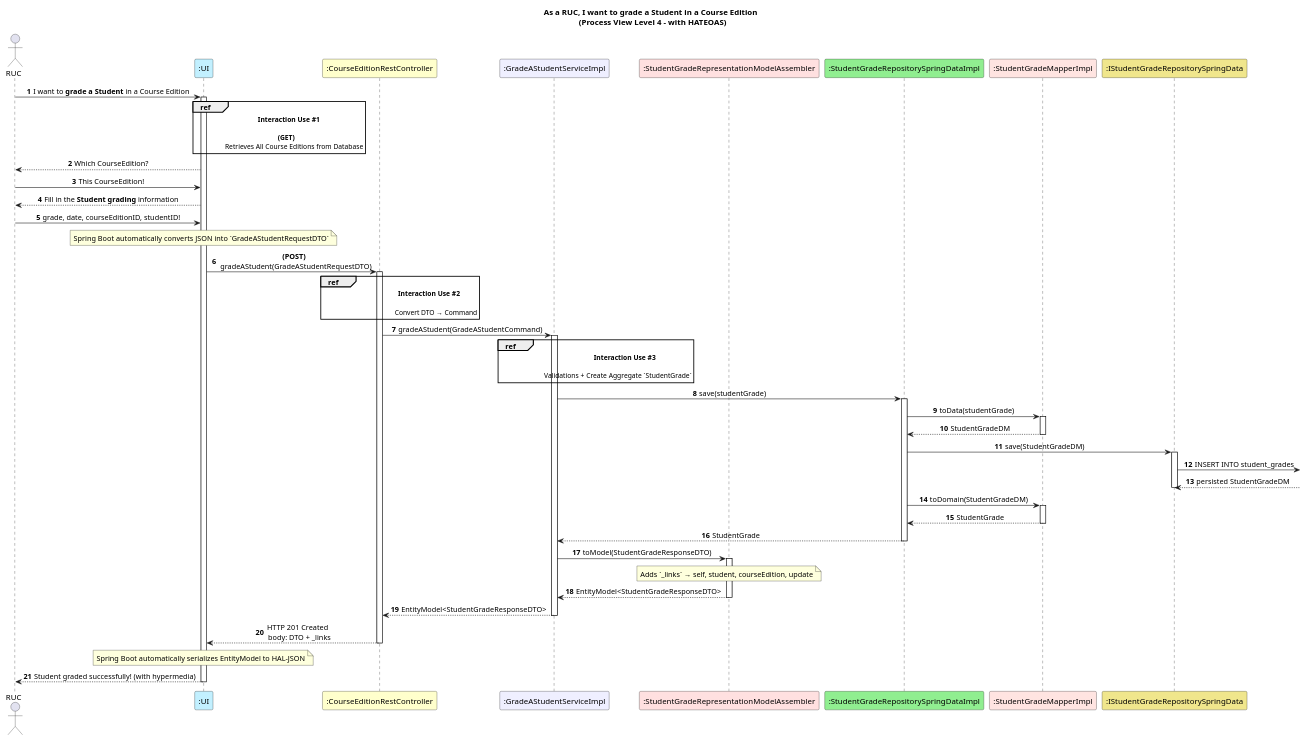
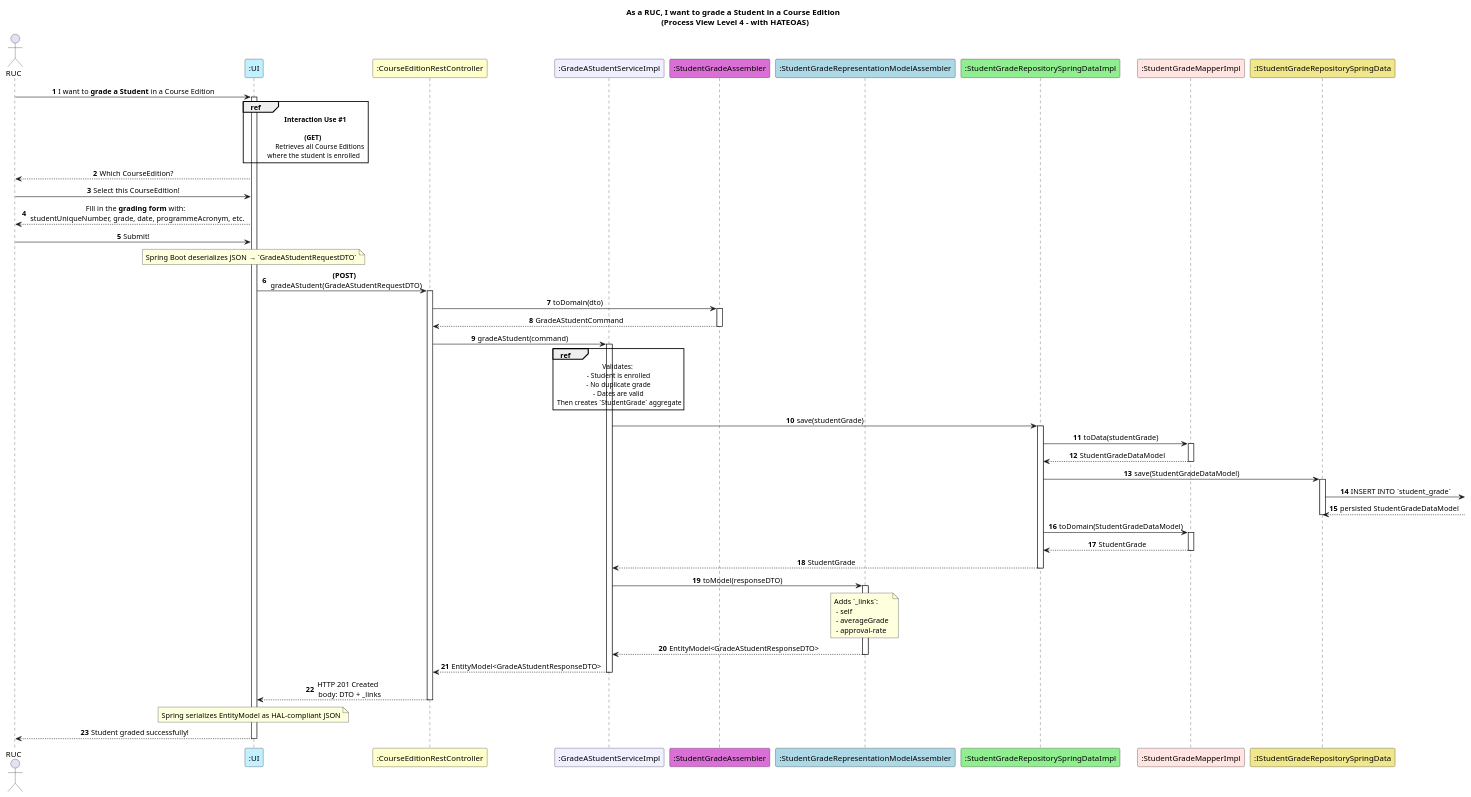
Before and after one commit to GasparISEP/DevOps-PAI: the diagram in docs/US22/Sprint7/ScenarioView/Level4.puml, drawn with PlantUML.

Commit message:
Update ScenarioView Level 4 diagram for HATEOAS use case (Issue #685)

```diff
--- a/docs/US22/Sprint7/ScenarioView/Level4.puml
+++ b/docs/US22/Sprint7/ScenarioView/Level4.puml
@@ -1,76 +1,80 @@
 @startuml
 title As a RUC, I want to grade a Student in a Course Edition \n (Process View Level 4 – with HATEOAS)
 skinparam sequencemessagealign center
 autonumber
 
 actor RUC
 participant ":UI" as ui #application
 participant ":CourseEditionRestController" as ctrlrREST #business
 participant ":GradeAStudentServiceImpl" as service #motivation
-participant ":StudentGradeRepresentationModelAssembler" as assembler #implementation
+participant ":StudentGradeAssembler" as dtoAssembler #orchid
+participant ":StudentGradeRepresentationModelAssembler" as hateoasAssembler #lightblue
 participant ":StudentGradeRepositorySpringDataImpl" as sgr #lightgreen
 participant ":StudentGradeMapperImpl" as sgmp #mistyrose
 participant ":IStudentGradeRepositorySpringData" as repoSpringData #khaki
 
 RUC -> ui : I want to **grade a Student** in a Course Edition
 activate ui
 
-ref over ui : \t    **Interaction Use #1** \n \n \t **(GET)** \n \t \t Retrieves All Course Editions from Database
+ref over ui : \t    **Interaction Use #1** \n \n \t **(GET)** \n \t \t Retrieves all Course Editions \n \t where the student is enrolled
 
 ui --> RUC : Which CourseEdition?
-RUC -> ui : This CourseEdition!
+RUC -> ui : Select this CourseEdition!
 
-ui --> RUC : Fill in the **Student grading** information
-RUC -> ui : grade, date, courseEditionID, studentID!
+ui --> RUC : Fill in the **grading form** with: \n studentUniqueNumber, grade, date, programmeAcronym, etc.
+RUC -> ui : Submit!
 
-note over ui : Spring Boot automatically converts JSON into `GradeAStudentRequestDTO`
+note over ui : Spring Boot deserializes JSON → `GradeAStudentRequestDTO`
 
 ui -> ctrlrREST : **(POST)** \n gradeAStudent(GradeAStudentRequestDTO)
 activate ctrlrREST
 
-ref over ctrlrREST : \t \t \t \t  **Interaction Use #2** \n \n \t \t \t \t \t Convert DTO → Command
+ctrlrREST -> dtoAssembler : toDomain(dto)
+activate dtoAssembler
+dtoAssembler --> ctrlrREST : GradeAStudentCommand
+deactivate dtoAssembler
 
-ctrlrREST -> service : gradeAStudent(GradeAStudentCommand)
+ctrlrREST -> service : gradeAStudent(command)
 activate service
 
-ref over service : \t \t \t \t  **Interaction Use #3** \n \n \t \t \t Validations + Create Aggregate `StudentGrade`
+ref over service : Validates: \n - Student is enrolled \n - No duplicate grade \n - Dates are valid \n Then creates `StudentGrade` aggregate
 
 service -> sgr : save(studentGrade)
 activate sgr
 
 sgr -> sgmp : toData(studentGrade)
 activate sgmp
-sgmp --> sgr : StudentGradeDM
+sgmp --> sgr : StudentGradeDataModel
 deactivate sgmp
 
-sgr -> repoSpringData : save(StudentGradeDM)
+sgr -> repoSpringData : save(StudentGradeDataModel)
 activate repoSpringData
-repoSpringData -> : INSERT INTO student_grades
-repoSpringData <-- : persisted StudentGradeDM
+repoSpringData -> : INSERT INTO `student_grade`
+repoSpringData <-- : persisted StudentGradeDataModel
 deactivate repoSpringData
 
-sgr -> sgmp : toDomain(StudentGradeDM)
+sgr -> sgmp : toDomain(StudentGradeDataModel)
 activate sgmp
 sgmp --> sgr : StudentGrade
 deactivate sgmp
 
 sgr --> service : StudentGrade
 deactivate sgr
 
-service -> assembler : toModel(StudentGradeResponseDTO)
-activate assembler
-note over assembler : Adds `_links` → self, student, courseEdition, update
-assembler --> service : EntityModel<StudentGradeResponseDTO>
-deactivate assembler
+service -> hateoasAssembler : toModel(responseDTO)
+activate hateoasAssembler
+note over hateoasAssembler : Adds `_links`: \n - self \n - averageGrade \n - approval-rate
+hateoasAssembler --> service : EntityModel<GradeAStudentResponseDTO>
+deactivate hateoasAssembler
 
-service --> ctrlrREST : EntityModel<StudentGradeResponseDTO>
+service --> ctrlrREST : EntityModel<GradeAStudentResponseDTO>
 deactivate service
 
 ctrlrREST --> ui : HTTP 201 Created \n body: DTO + _links
 deactivate ctrlrREST
 
-note over ui : Spring Boot automatically serializes EntityModel to HAL-JSON
+note over ui : Spring serializes EntityModel as HAL-compliant JSON
 
-ui --> RUC : Student graded successfully! (with hypermedia)
+ui --> RUC : Student graded successfully!
 deactivate ui
 @enduml
```
